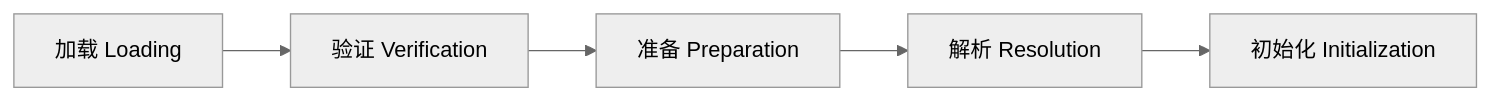
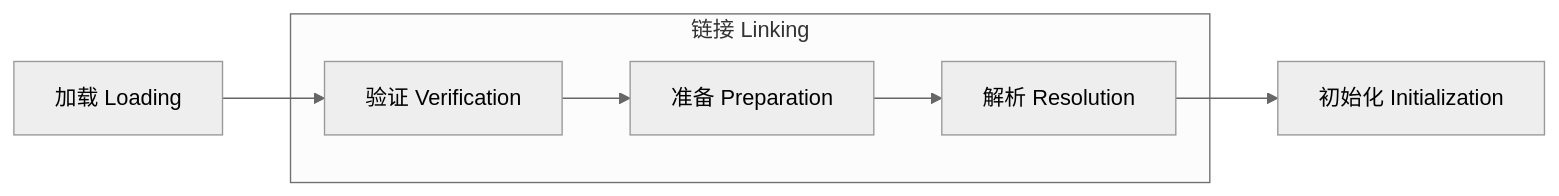
The first of 3 diagrams in docs/blog/posts/JAVA/JVM 类加载过程.md (XJTUGary/XJTUGary.github.io), drawn with Mermaid (neutral theme) before and after one commit. The commit also changed other lines of this file and 1 other file, not shown here.

Commit message:
update mermaid plugin

````diff
--- a/docs/blog/posts/JAVA/JVM 类加载过程.md
+++ b/docs/blog/posts/JAVA/JVM 类加载过程.md
@@ -15,7 +16,11 @@
 ```mermaid
 graph LR
-A[加载 Loading] --> B[验证 Verification]
-B --> C[准备 Preparation]
-C --> D[解析 Resolution]
-D --> E[初始化 Initialization]
+    A[加载 Loading] --> B
+
+    subgraph 链接 Linking
+        B[验证 Verification] --> C[准备 Preparation]
+        C --> D[解析 Resolution]
+    end
+
+    D --> E[初始化 Initialization]
 ```
````
